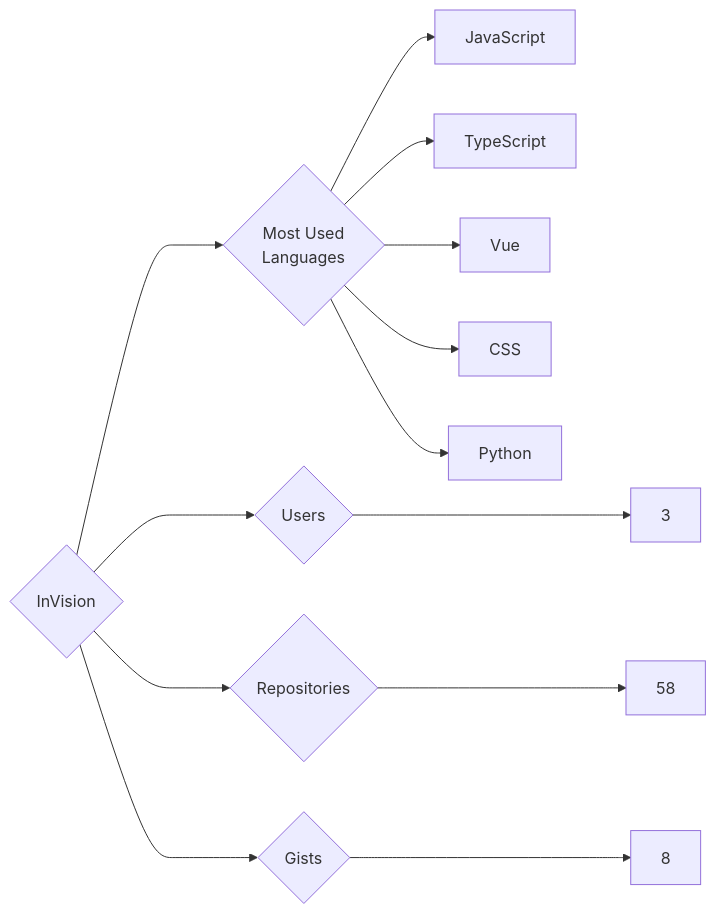
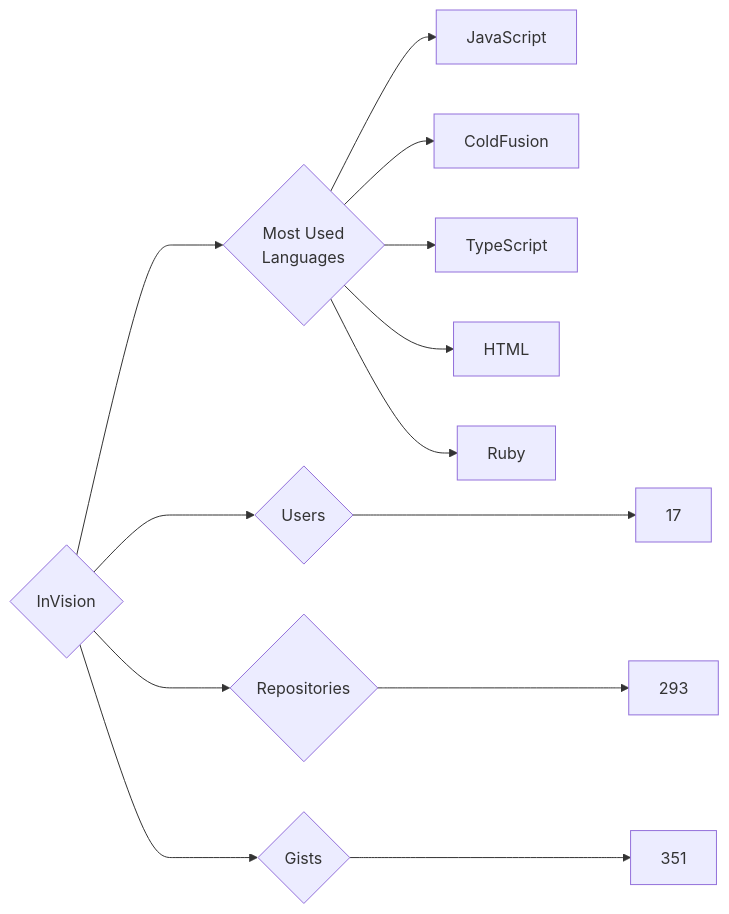
Before and after one commit to trickest/insiders: the diagram in targets/InVision/README.md, drawn with Mermaid. The commit also changed 782 other files, not shown here.

````diff
--- a/targets/InVision/README.md
+++ b/targets/InVision/README.md
@@ -3,13 +3,13 @@
 ```mermaid
 graph LR
 COMPANY_NAME{InVision}
-COMPANY_NAME ---> U{Users} ---> UN[3]
-COMPANY_NAME ---> R{Repositories} ---> RN[58]
-COMPANY_NAME ---> G{Gists} ---> GN[8]
+COMPANY_NAME ---> U{Users} ---> UN[17]
+COMPANY_NAME ---> R{Repositories} ---> RN[293]
+COMPANY_NAME ---> G{Gists} ---> GN[351]
 COMPANY_NAME ---> ML{Most Used<br>Languages}
 ML --> JavaScript[JavaScript]
+ML --> ColdFusion[ColdFusion]
 ML --> TypeScript[TypeScript]
-ML --> Vue[Vue]
-ML --> CSS[CSS]
-ML --> Python[Python]
+ML --> HTML[HTML]
+ML --> Ruby[Ruby]
 ```
````
